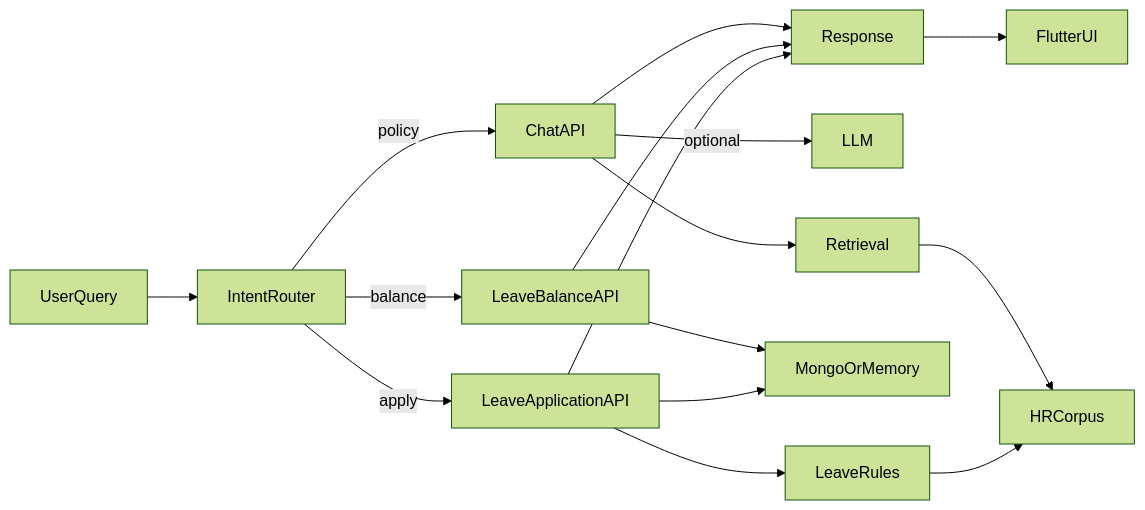
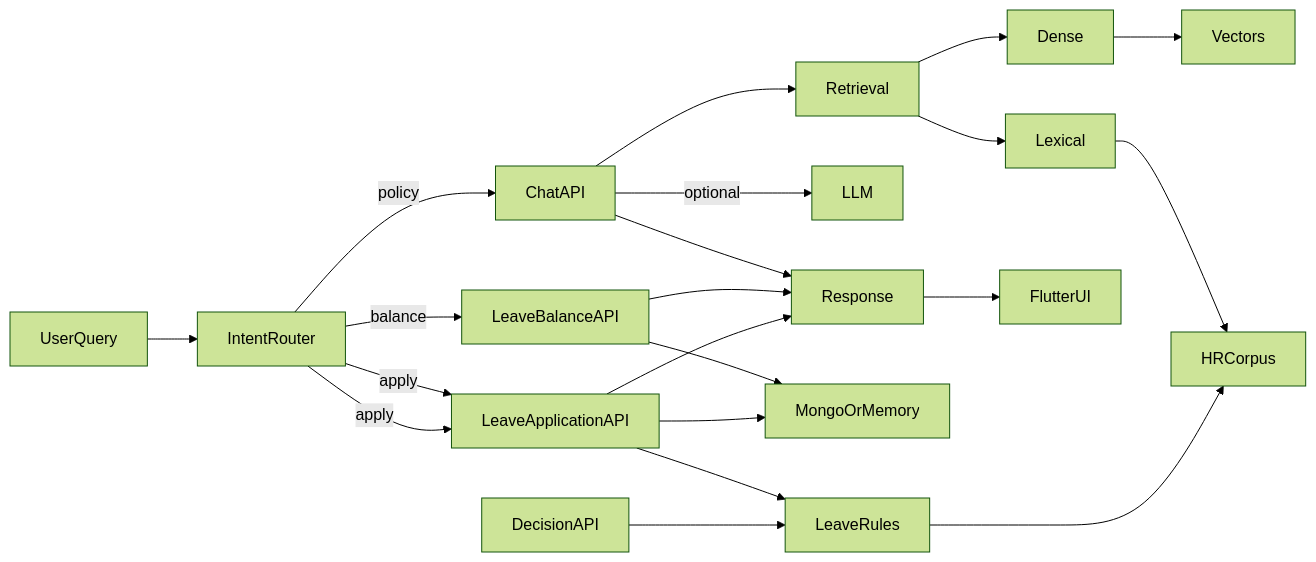
Before and after one commit to Adityansh-Chand/ADAAS: the diagram in README.md, drawn with Mermaid (forest theme). The commit also changed other lines of this file and 30 other files, not shown here.

Commit message:
Close the retrieval gap with dense embeddings, and add an approval workflow

````diff
--- a/README.md
+++ b/README.md
@@ -69,18 +199,23 @@
 ```mermaid
 flowchart LR
   UserQuery --> IntentRouter
   IntentRouter -->|balance| LeaveBalanceAPI
   IntentRouter -->|apply| LeaveApplicationAPI
   IntentRouter -->|policy| ChatAPI
   ChatAPI --> Retrieval
-  Retrieval --> HRCorpus
+  Retrieval --> Lexical
+  Retrieval --> Dense
+  Lexical --> HRCorpus
+  Dense --> Vectors
   ChatAPI -->|optional| LLM
   LeaveApplicationAPI --> LeaveRules
   LeaveRules --> HRCorpus
+  DecisionAPI --> LeaveRules
+  IntentRouter -->|apply| LeaveApplicationAPI
   LeaveBalanceAPI --> MongoOrMemory
   LeaveApplicationAPI --> MongoOrMemory
   Response --> FlutterUI
   ChatAPI --> Response
   LeaveBalanceAPI --> Response
   LeaveApplicationAPI --> Response
 ```
````
